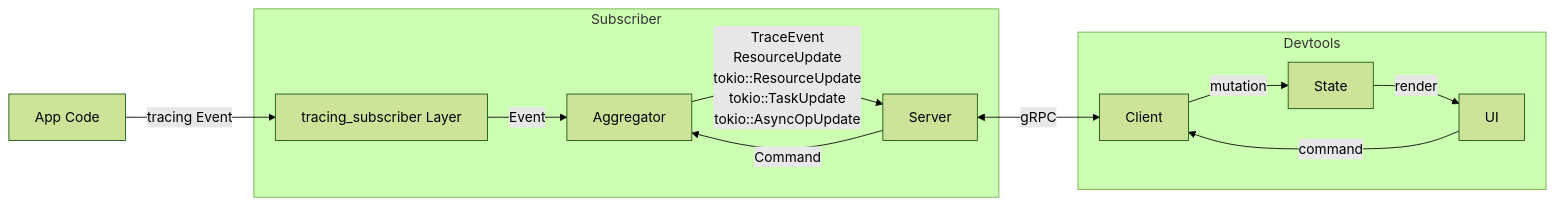
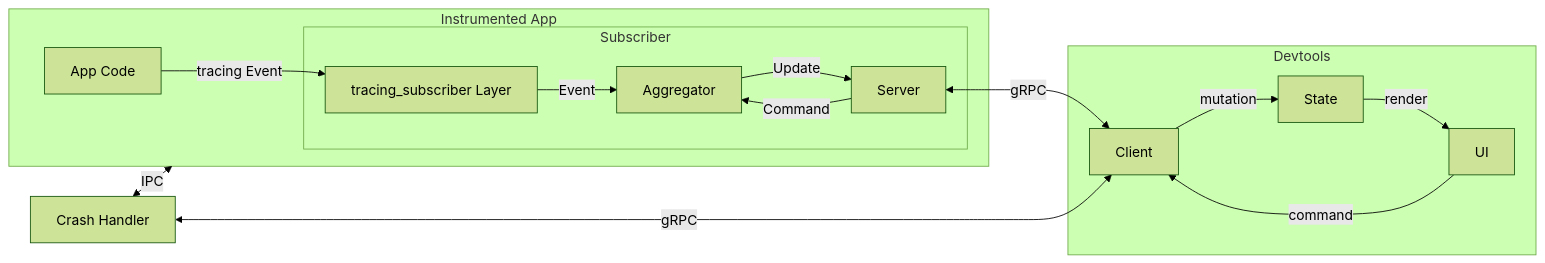
Before and after one commit to crabnebula-dev/devtools: the diagram in ARCHITECTURE.md, drawn with Mermaid (forest theme). The commit also changed other lines of this file, not shown here.

Commit message:
add crash handler to architecture doc

````diff
--- a/ARCHITECTURE.md
+++ b/ARCHITECTURE.md
@@ -29,32 +29,35 @@
 ```mermaid
 flowchart LR
+    subgraph InstrumentedApp[Instrumented App]
     A[App Code]
+
     subgraph Subscriber
     L[tracing_subscriber Layer]
     Ag[Aggregator]
     S[Server]
     end
+    end
+
     subgraph Devtools
     C[Client]
     P[State]
     U[UI]
     end
 
+    H[Crash Handler]
 
     A -->|tracing Event| L
     L -->|Event| Ag
     S -->|Command| Ag
     Ag
     Ag -->|"
-        TraceEvent
-        ResourceUpdate
-        tokio::ResourceUpdate
-        tokio::TaskUpdate
-        tokio::AsyncOpUpdate
+        Update
     "| S
     S <-->|gRPC| C
+    H <-->|gRPC| C
+    H <-->|IPC| InstrumentedApp
 
     C -->|mutation| P
     P -->|render| U
     U -->|command| C
 ```
````
